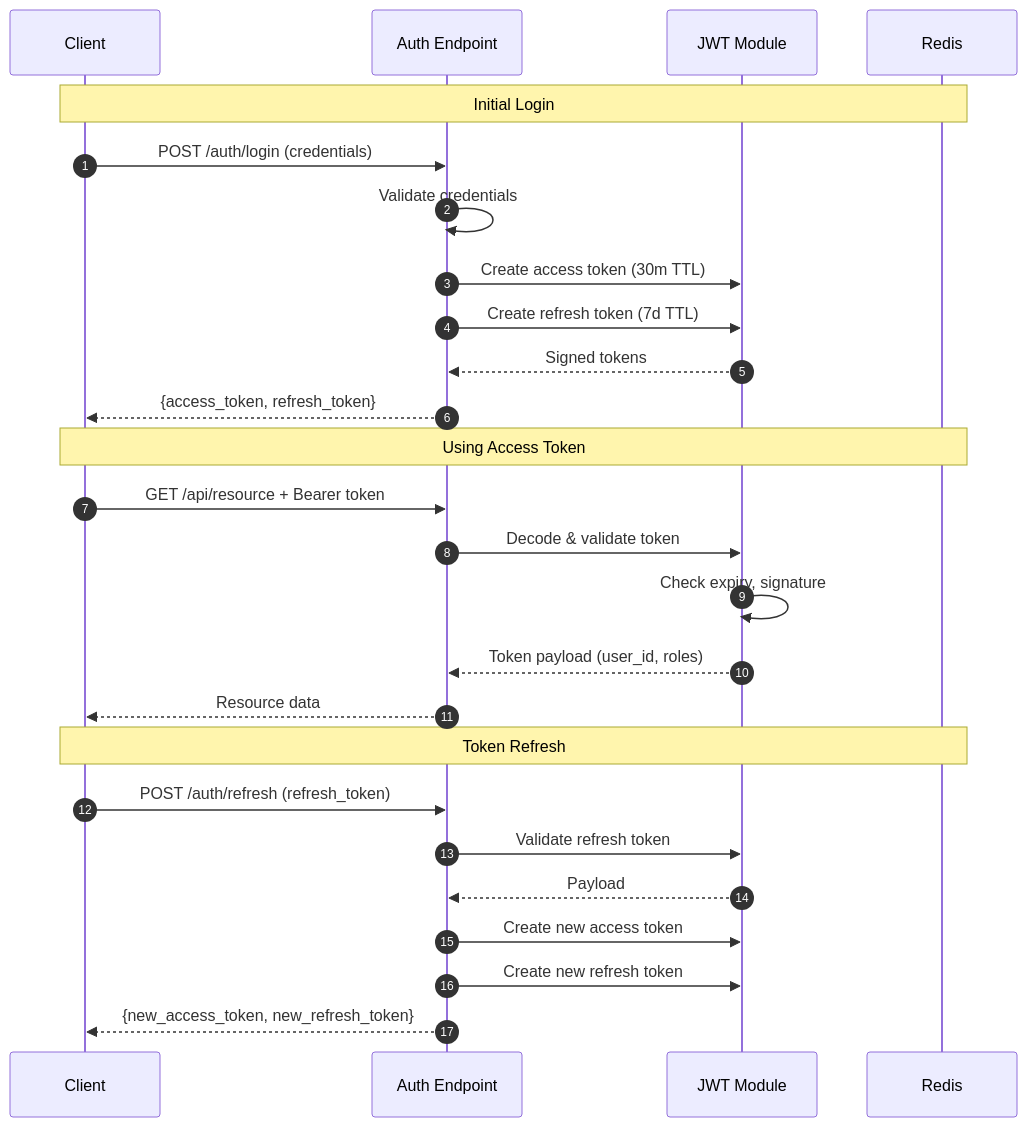
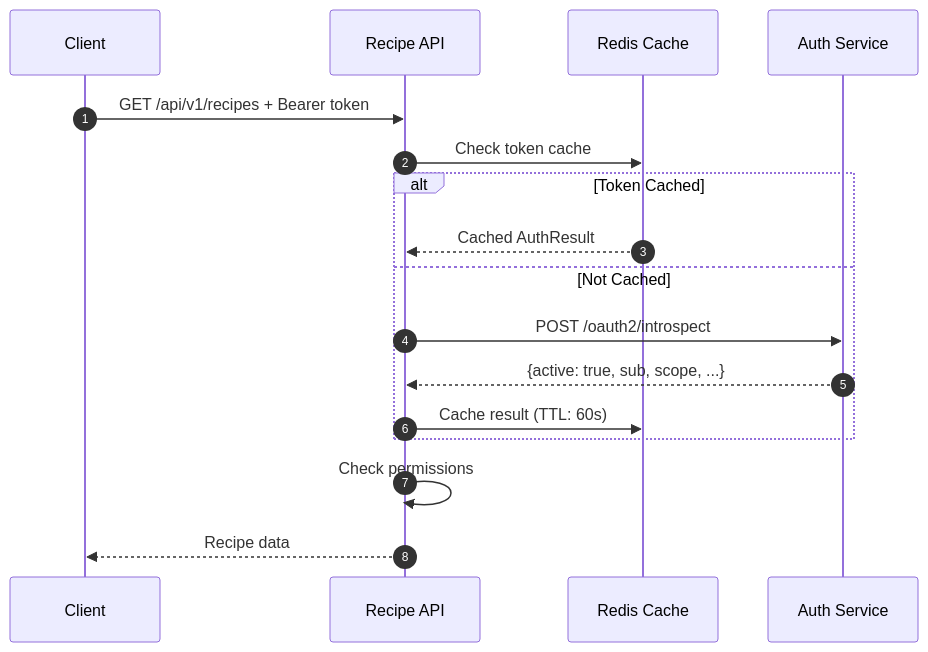
One commit to Recipe-Web-App/recipe-scraper-service changed the fourth of 14 diagrams in docs/architecture.md. Above: the diagram before and after it, drawn with Mermaid. The commit also changed other lines of this file and 33 other files, not shown here.

Commit message:
feat(rewrite): integrated with auth-service

````diff
--- a/docs/architecture.md
+++ b/docs/architecture.md
@@ -76,31 +110,22 @@
 ```mermaid
 sequenceDiagram
     autonumber
     participant C as Client
-    participant A as Auth Endpoint
-    participant J as JWT Module
-    participant R as Redis
+    participant API as Recipe API
+    participant Cache as Redis Cache
+    participant Auth as Auth Service
 
-    Note over C,R: Initial Login
-    C->>A: POST /auth/login (credentials)
-    A->>A: Validate credentials
-    A->>J: Create access token (30m TTL)
-    A->>J: Create refresh token (7d TTL)
-    J-->>A: Signed tokens
-    A-->>C: {access_token, refresh_token}
+    C->>API: GET /api/v1/recipes + Bearer token
+    API->>Cache: Check token cache
 
-    Note over C,R: Using Access Token
-    C->>A: GET /api/resource + Bearer token
-    A->>J: Decode & validate token
-    J->>J: Check expiry, signature
-    J-->>A: Token payload (user_id, roles)
-    A-->>C: Resource data
+    alt Token Cached
+        Cache-->>API: Cached AuthResult
+    else Not Cached
+        API->>Auth: POST /oauth2/introspect
+        Auth-->>API: {active: true, sub, scope, ...}
+        API->>Cache: Cache result (TTL: 60s)
+    end
 
-    Note over C,R: Token Refresh
-    C->>A: POST /auth/refresh (refresh_token)
-    A->>J: Validate refresh token
-    J-->>A: Payload
-    A->>J: Create new access token
-    A->>J: Create new refresh token
-    A-->>C: {new_access_token, new_refresh_token}
+    API->>API: Check permissions
+    API-->>C: Recipe data
 ```
````
